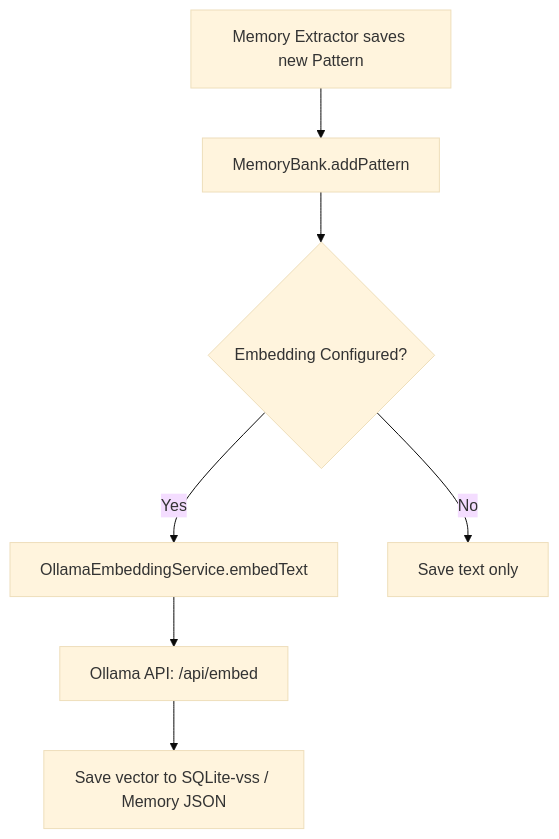
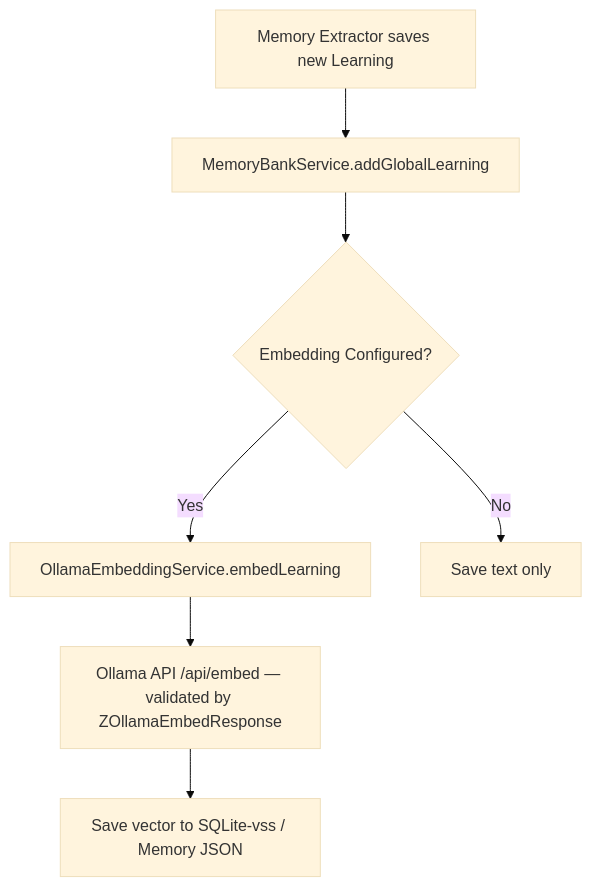
Before and after one commit to dostark/exaix: the diagram in .copilot/planning/phase-68-ollama-semantic-search.md, drawn with Mermaid (base theme). The commit also changed other lines of this file and 1 other file, not shown here.

````diff
--- a/.copilot/planning/phase-68-ollama-semantic-search.md
+++ b/.copilot/planning/phase-68-ollama-semantic-search.md
@@ -75,9 +103,9 @@
 ```mermaid
 flowchart TD
-    A[Memory Extractor saves new Pattern] --> B[MemoryBank.addPattern]
+    A[Memory Extractor saves new Learning] --> B[MemoryBankService.addGlobalLearning]
     B --> C{Embedding Configured?}
-    C -- Yes --> D[OllamaEmbeddingService.embedText]
-    D --> E[Ollama API: /api/embed]
+    C -- Yes --> D[OllamaEmbeddingService.embedLearning]
+    D --> E[Ollama API /api/embed — validated by ZOllamaEmbedResponse]
     E --> F[Save vector to SQLite-vss / Memory JSON]
     C -- No --> G[Save text only]
 ```
````
